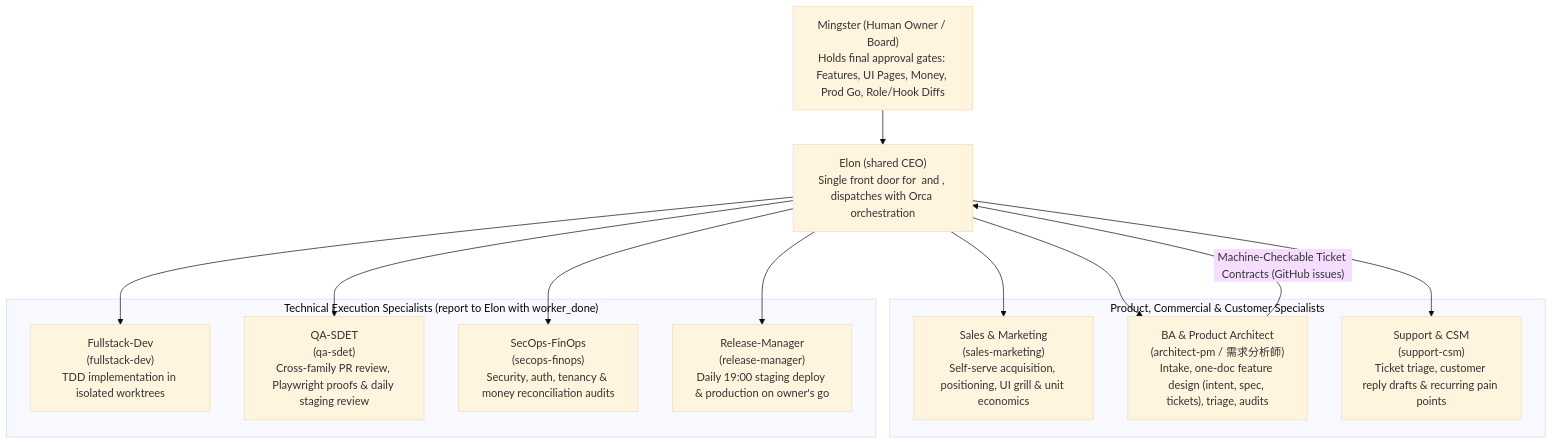
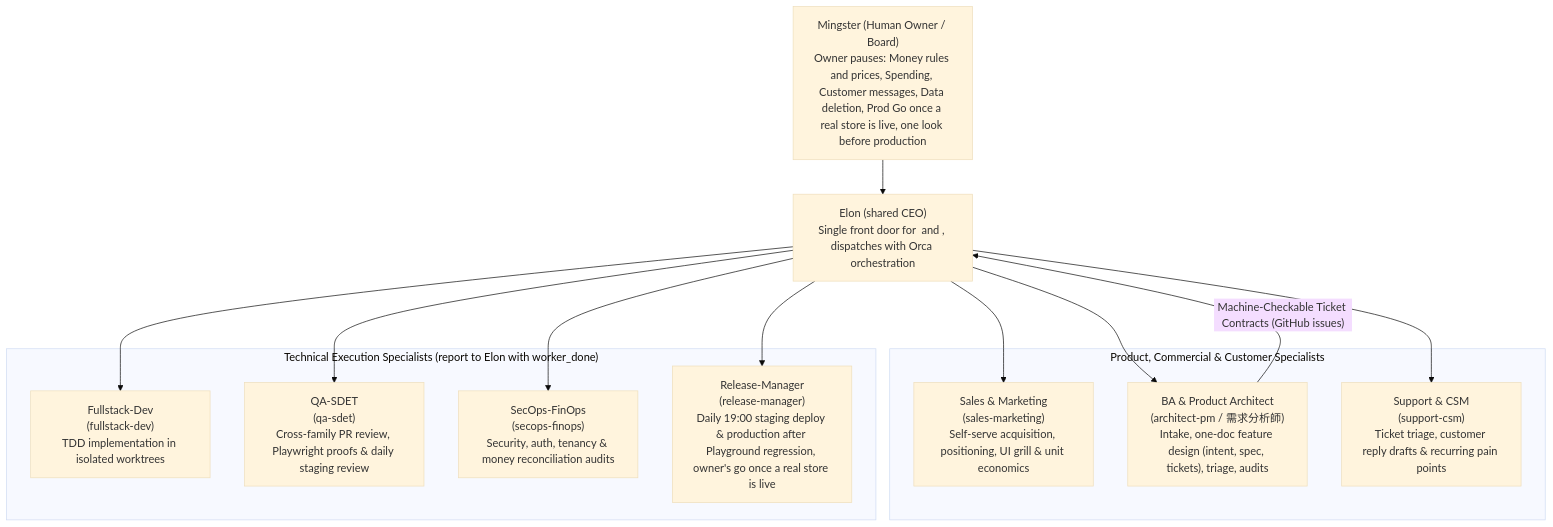
Before and after one commit to mingster/dotfiles: the first of 3 diagrams in docs/agents/agent-team-architecture.md, drawn with Mermaid (base theme). The commit also changed other lines of this file and 42 other files, not shown here.

First line of the commit message:
Agent guides: no bottleneck from issue to merge, owner pauses (#986) (#1021)

````diff
--- a/docs/agents/agent-team-architecture.md
+++ b/docs/agents/agent-team-architecture.md
@@ -9,29 +9,29 @@
 ```mermaid
 flowchart TD
-    Board["Mingster (Human Owner / Board)\nHolds final approval gates: Features, UI Pages, Money, Prod Go, Role/Hook Diffs"]
+    Board["Mingster (Human Owner / Board)\nOwner pauses: Money rules and prices, Spending, Customer messages, Data deletion, Prod Go once a real store is live, one look before production"]
     CEO["Elon (shared CEO)\nSingle front door for <project-a> and <project-b>, dispatches with Orca orchestration"]
 
     subgraph Direct_Reports["Product, Commercial & Customer Specialists"]
         Sales["Sales & Marketing\n(sales-marketing)\nSelf-serve acquisition, positioning, UI grill & unit economics"]
         BA["BA & Product Architect\n(architect-pm / 需求分析師)\nIntake, one-doc feature design (intent, spec, tickets), triage, audits"]
         Support["Support & CSM\n(support-csm)\nTicket triage, customer reply drafts & recurring pain points"]
     end
 
     subgraph Tech_Specialists["Technical Execution Specialists (report to Elon with worker_done)"]
         Dev["Fullstack-Dev\n(fullstack-dev)\nTDD implementation in isolated worktrees"]
         QA["QA-SDET\n(qa-sdet)\nCross-family PR review, Playwright proofs & daily staging review"]
         SecOps["SecOps-FinOps\n(secops-finops)\nSecurity, auth, tenancy & money reconciliation audits"]
-        RM["Release-Manager\n(release-manager)\nDaily 19:00 staging deploy & production on owner's go"]
+        RM["Release-Manager\n(release-manager)\nDaily 19:00 staging deploy & production after Playground regression, owner's go once a real store is live"]
     end
 
     Board --> CEO
     CEO --> Sales
     CEO --> BA
     CEO --> Support
 
     BA -- "Machine-Checkable Ticket Contracts (GitHub issues)" --> CEO
     CEO --> Dev
     CEO --> QA
     CEO --> SecOps
     CEO --> RM
 ```
````
